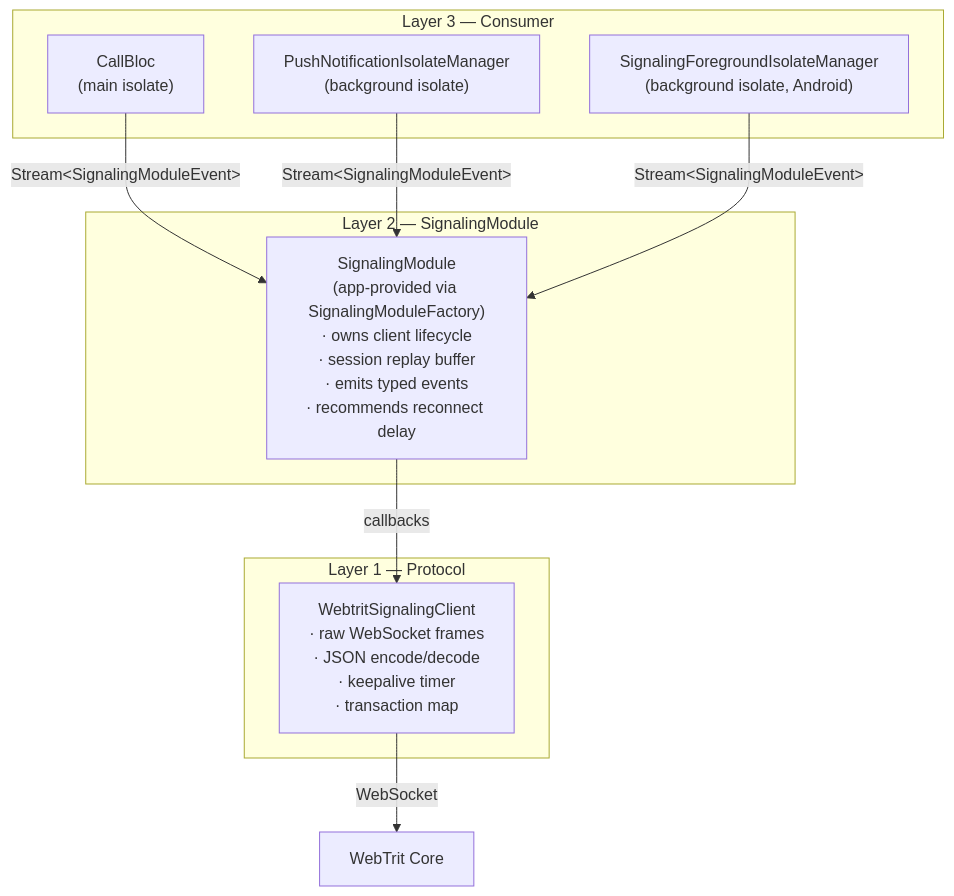
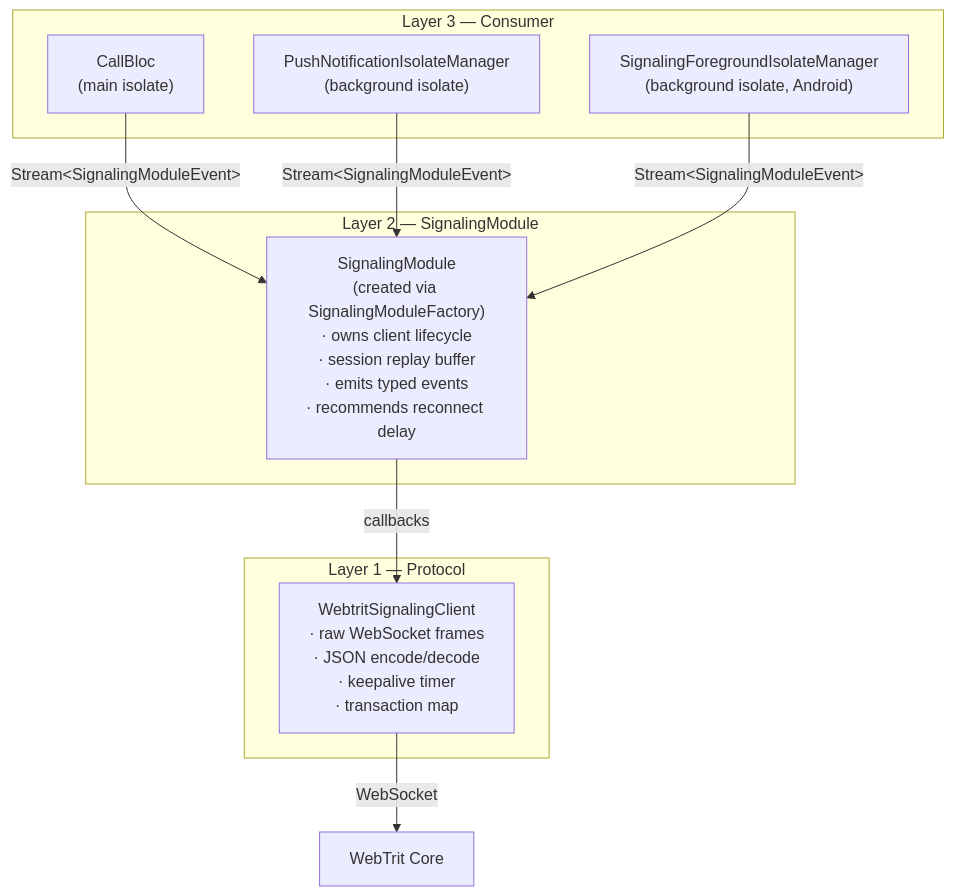
Before and after one commit to portaone/porta-phone-mobile-app: the second of 7 diagrams in phone/packages/signaling_service/ARCHITECTURE.md, drawn with Mermaid. The commit also changed other lines of this file and 75 other files, not shown here.

````diff
--- a/phone/packages/signaling_service/ARCHITECTURE.md
+++ b/phone/packages/signaling_service/ARCHITECTURE.md
@@ -31,20 +34,20 @@
 ```mermaid
 graph TD
     subgraph "Layer 3 — Consumer"
         CB["CallBloc\n(main isolate)"]
         PIM["PushNotificationIsolateManager\n(background isolate)"]
         SFIM["SignalingForegroundIsolateManager\n(background isolate, Android)"]
     end
 
     subgraph "Layer 2 — SignalingModule"
-        SM["SignalingModule\n(app-provided via SignalingModuleFactory)\n· owns client lifecycle\n· session replay buffer\n· emits typed events\n· recommends reconnect delay"]
+        SM["SignalingModule\n(created via SignalingModuleFactory)\n· owns client lifecycle\n· session replay buffer\n· emits typed events\n· recommends reconnect delay"]
     end
 
     subgraph "Layer 1 — Protocol"
         WSC["WebtritSignalingClient\n· raw WebSocket frames\n· JSON encode/decode\n· keepalive timer\n· transaction map"]
     end
 
     CB & PIM & SFIM -->|" Stream&lt;SignalingModuleEvent&gt; "| SM
     SM -->|callbacks| WSC
     WSC -->|WebSocket| Server["WebTrit Core"]
 ```
````
